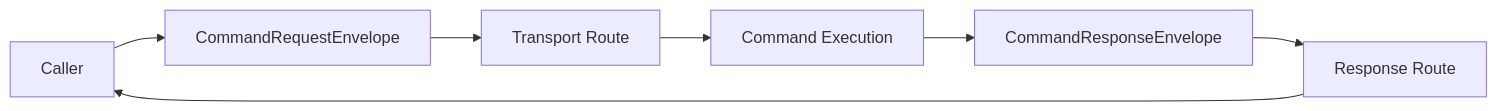
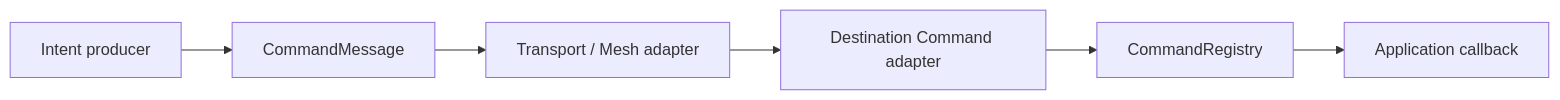
One commit to ESPressio-Development-Platform/ESPressio-Command changed the diagram in wiki/Asynchronous-Command-Routing.md. Above: the diagram before and after it, drawn with Mermaid. The commit also changed other lines of this file, not shown here.

Commit message:
Realign asynchronous Command routing documentation

````diff
--- a/wiki/Asynchronous-Command-Routing.md
+++ b/wiki/Asynchronous-Command-Routing.md
@@ -7,9 +9,8 @@
 ```mermaid
 graph LR
-  CALLER[Caller] --> REQ[CommandRequestEnvelope]
-  REQ --> TX[Transport Route]
-  TX --> EXEC[Command Execution]
-  EXEC --> RESP[CommandResponseEnvelope]
-  RESP --> ROUTE[Response Route]
-  ROUTE --> CALLER
+  CALLER[Intent producer] --> CMD[CommandMessage]
+  CMD --> TX[Transport / Mesh adapter]
+  TX --> RX[Destination Command adapter]
+  RX --> REG[CommandRegistry]
+  REG --> APP[Application callback]
 ```
````
